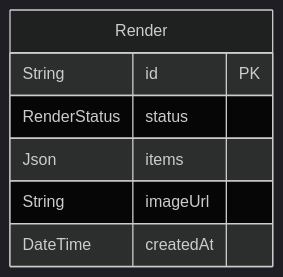
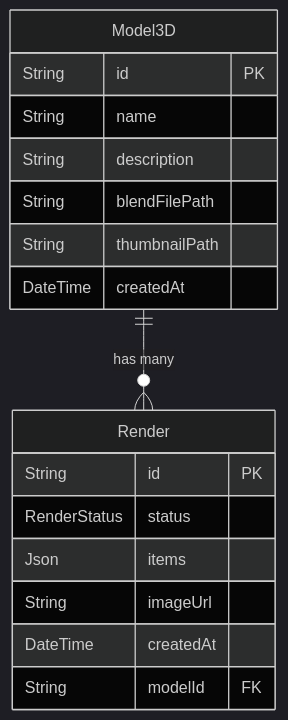
Before and after one commit to giovanizaghi/3d-room-platform: the diagram in docs/architecture/05-database.md, drawn with Mermaid (dark theme). The commit also changed other lines of this file and 5 other files, not shown here.

````diff
--- a/docs/architecture/05-database.md
+++ b/docs/architecture/05-database.md
@@ -33,10 +47,22 @@
 ```mermaid
 erDiagram
+    Model3D {
+        String id PK
+        String name
+        String description
+        String blendFilePath
+        String thumbnailPath
+        DateTime createdAt
+    }
+
     Render {
         String id PK
         RenderStatus status
         Json items
         String imageUrl
         DateTime createdAt
+        String modelId FK
     }
+
+    Model3D ||--o{ Render : "has many"
 ```
````
